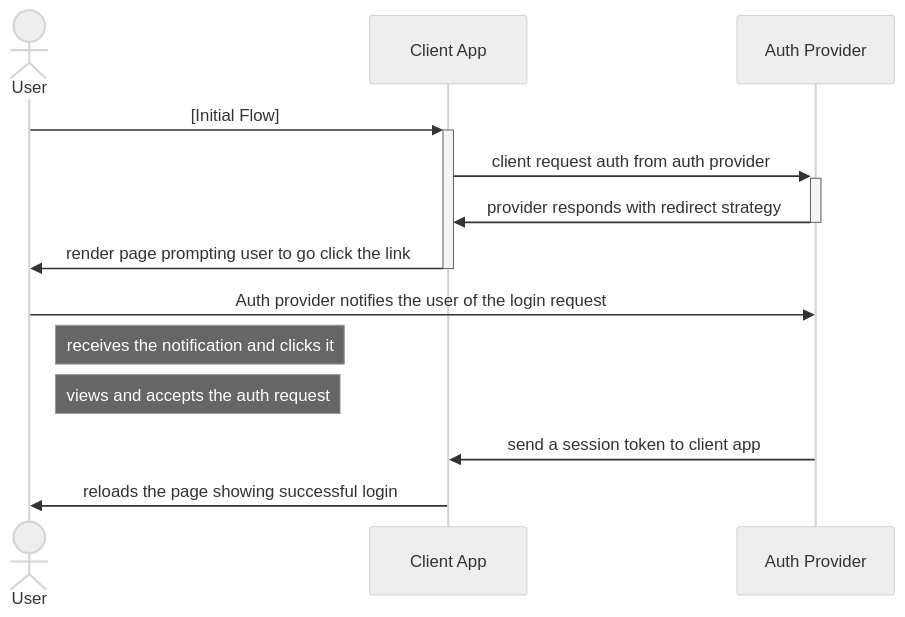
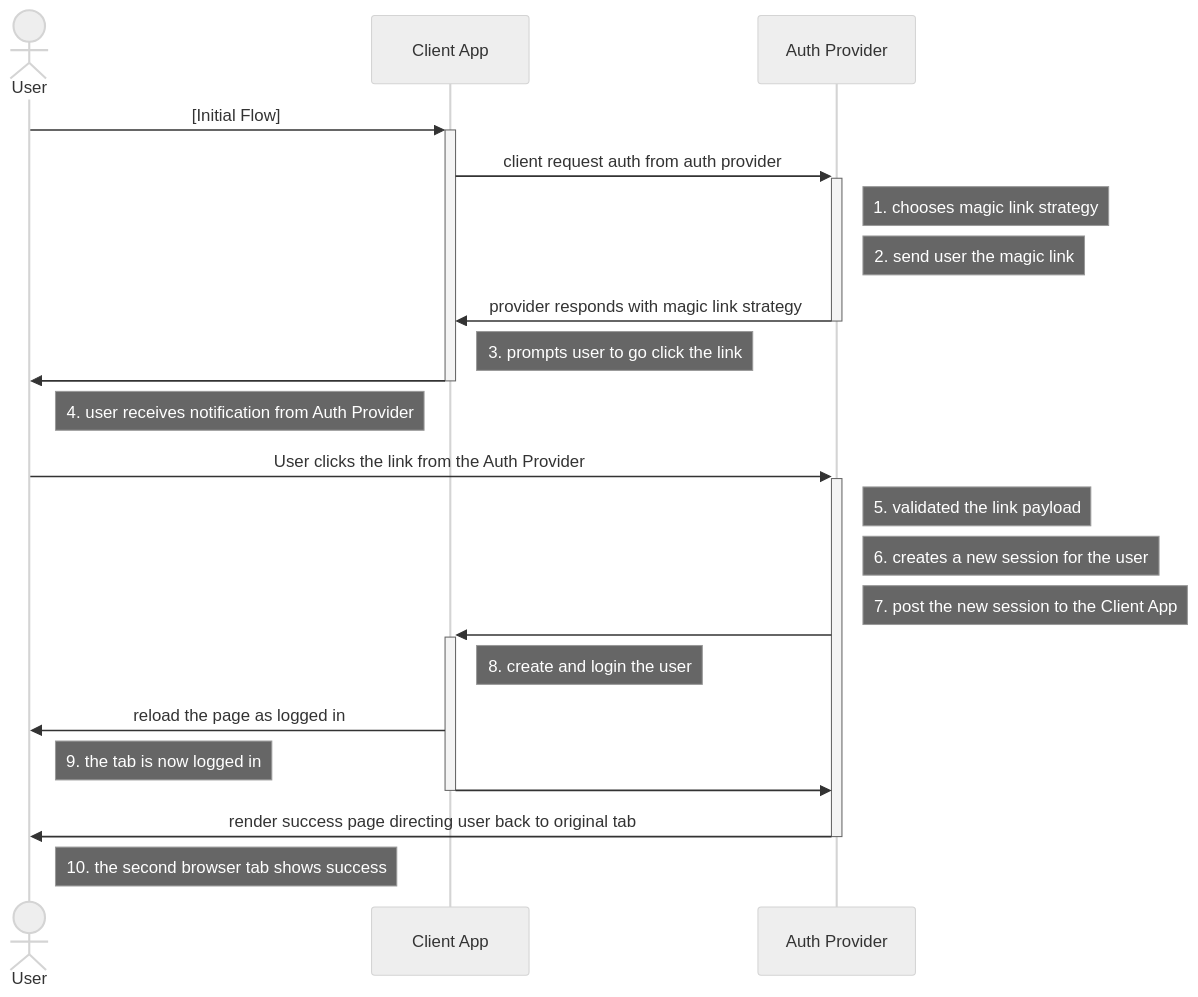
Before and after one commit to jlinclabs/did-web-auth: the third of 4 diagrams in SPEC.md, drawn with Mermaid (neutral theme). The commit also changed other lines of this file, not shown here.

Commit message:
added more detail to the sequence diagrams

````diff
--- a/SPEC.md
+++ b/SPEC.md
@@ -476,15 +254,25 @@
 ```mermaid
 sequenceDiagram
   actor U as User
   participant C as Client App
   participant A as Auth Provider
   U->>+C: [Initial Flow]
   C->>+A: client request auth from auth provider
-  A->>-C: provider responds with redirect strategy
-  C->>-U: render page prompting user to go click the link
-  U->>A: Auth provider notifies the user of the login request
-  Note right of U: receives the notification and clicks it
-  Note right of U: views and accepts the auth request
-  A->>C: send a session token to client app
-  C->>U: reloads the page showing successful login
+  Note right of A: 1. chooses magic link strategy
+  Note right of A: 2. send user the magic link
+  A->>-C: provider responds with magic link strategy
+  Note right of C: 3. prompts user to go click the link
+  C->>-U: 
+  Note right of U: 4. user receives notification from Auth Provider
+  U->>+A: User clicks the link from the Auth Provider
+  Note right of A: 5. validated the link payload
+  Note right of A: 6. creates a new session for the user
+  Note right of A: 7. post the new session to the Client App
+  A->>+C: 
+  Note right of C: 8. create and login the user
+  C->>U: reload the page as logged in
+  Note right of U: 9. the tab is now logged in
+  C->>-A: 
+  A->>-U: render success page directing user back to original tab
+  Note right of U: 10. the second browser tab shows success
 ```
````
